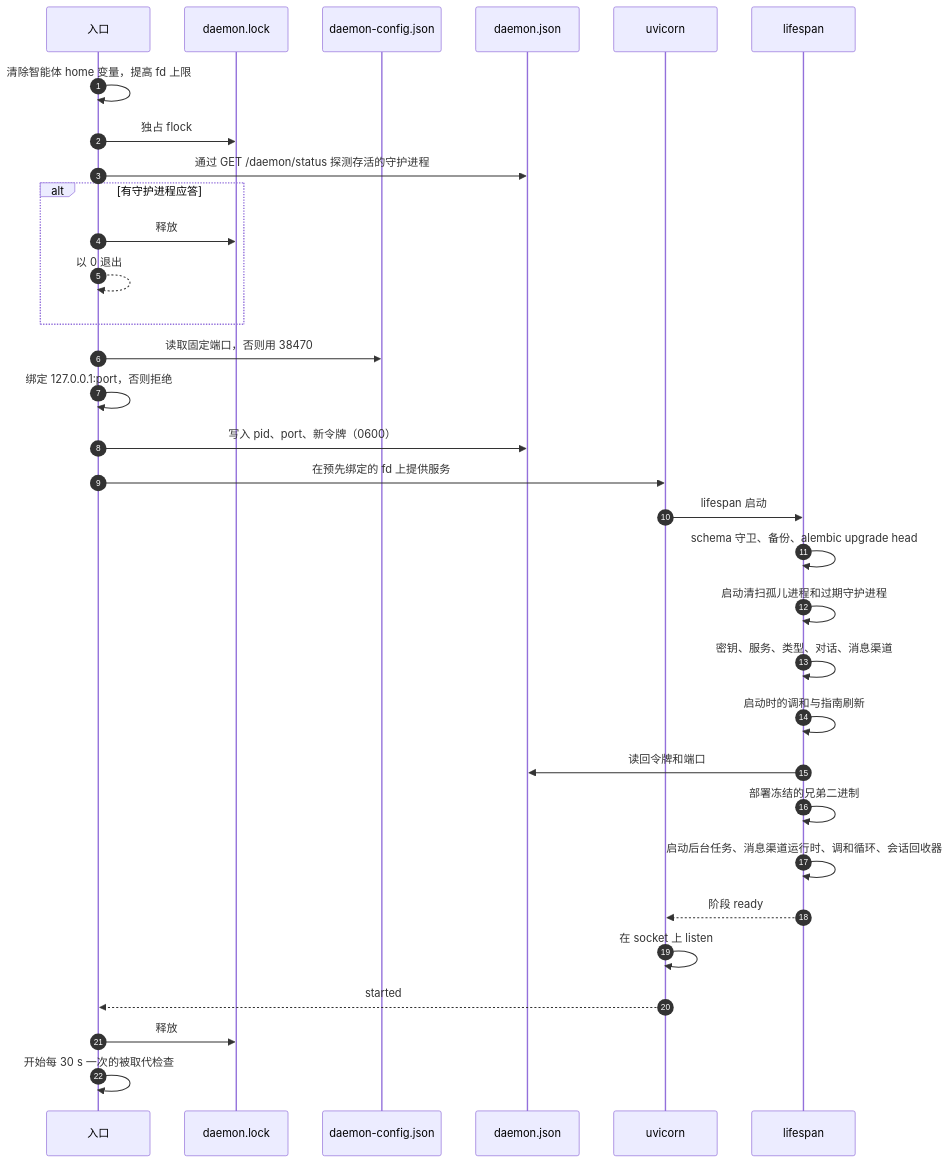
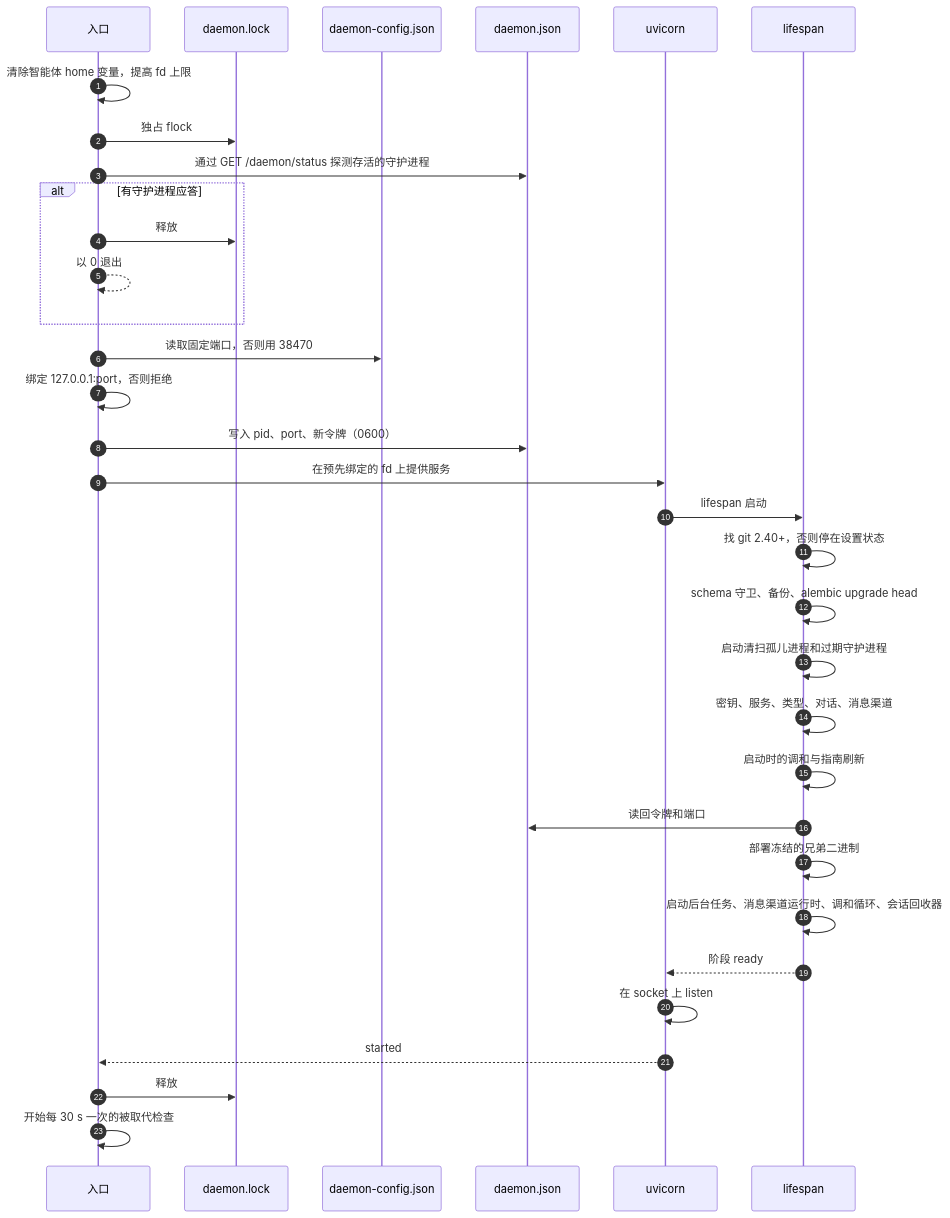
One commit to wyx-sg/Coffer changed the second of 4 diagrams in docs-site/zh/architecture/daemon.md. Above: the diagram before and after it, drawn with Mermaid. The commit also changed other lines of this file and 74 other files, not shown here.

````diff
--- a/docs-site/zh/architecture/daemon.md
+++ b/docs-site/zh/architecture/daemon.md
@@ -104,34 +104,35 @@
 ```mermaid
 sequenceDiagram
   autonumber
   participant E as 入口
   participant L as daemon.lock
   participant C as daemon-config.json
   participant J as daemon.json
   participant U as uvicorn
   participant A as lifespan
   E->>E: 清除智能体 home 变量，提高 fd 上限
   E->>L: 独占 flock
   E->>J: 通过 GET /daemon/status 探测存活的守护进程
   alt 有守护进程应答
     E->>L: 释放
     E-->>E: 以 0 退出
   end
   E->>C: 读取固定端口，否则用 38470
   E->>E: 绑定 127.0.0.1:port，否则拒绝
   E->>J: 写入 pid、port、新令牌（0600）
   E->>U: 在预先绑定的 fd 上提供服务
   U->>A: lifespan 启动
+  A->>A: 找 git 2.40+，否则停在设置状态
   A->>A: schema 守卫、备份、alembic upgrade head
   A->>A: 启动清扫孤儿进程和过期守护进程
   A->>A: 密钥、服务、类型、对话、消息渠道
   A->>A: 启动时的调和与指南刷新
   A->>J: 读回令牌和端口
   A->>A: 部署冻结的兄弟二进制
   A->>A: 启动后台任务、消息渠道运行时、调和循环、会话回收器
   A-->>U: 阶段 ready
   U->>U: 在 socket 上 listen
   U-->>E: started
   E->>L: 释放
   E->>E: 开始每 30 s 一次的被取代检查
 ```
````
